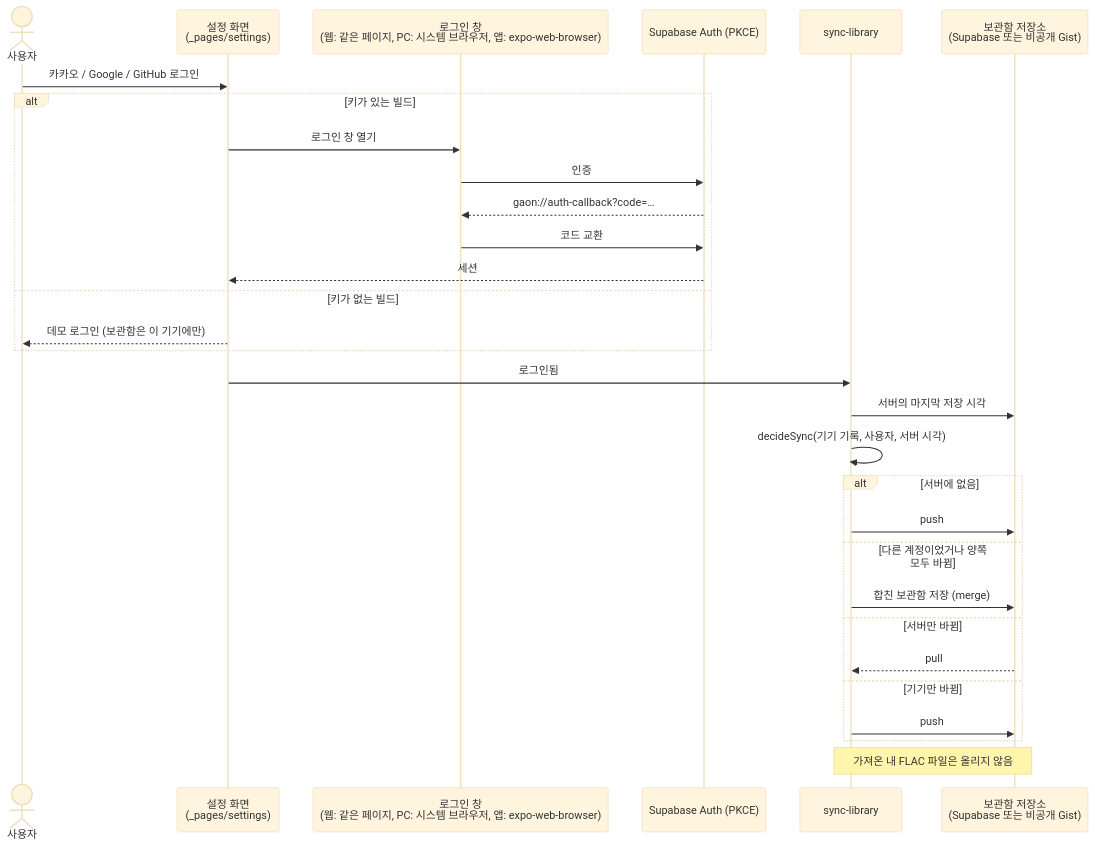
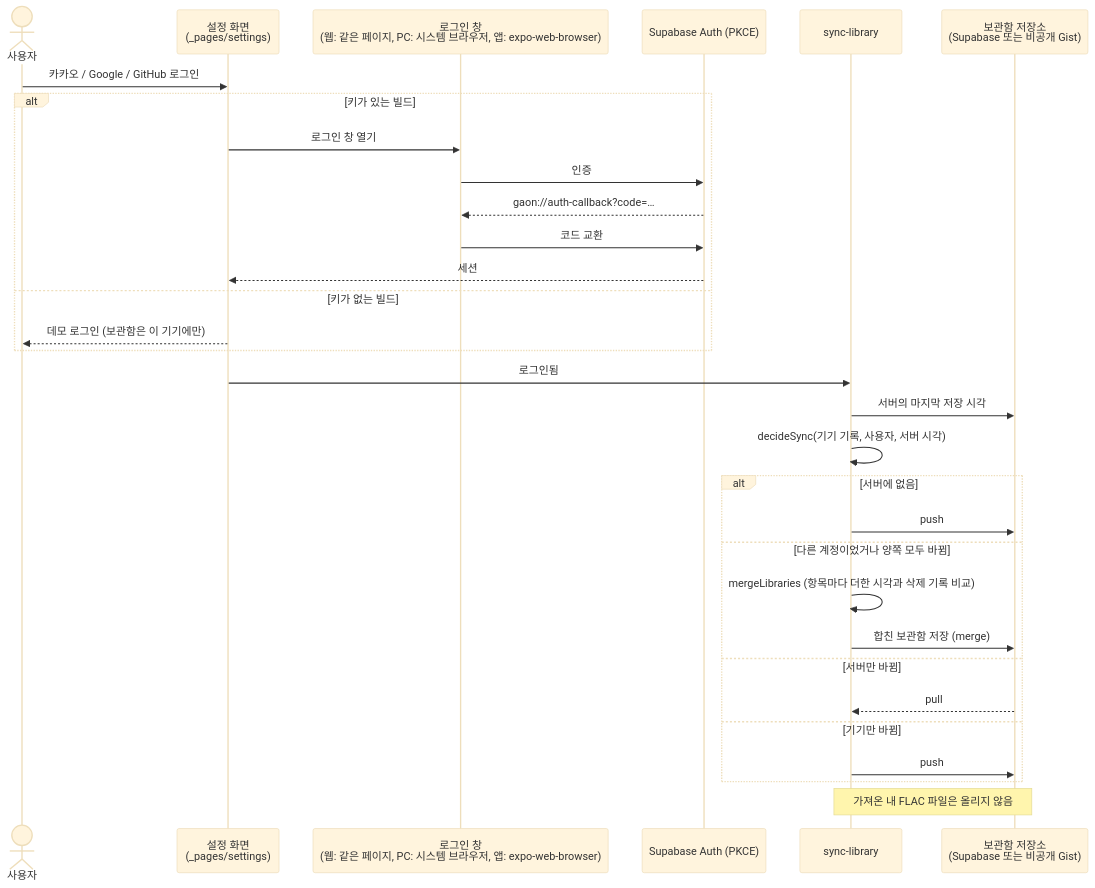
The second of 3 diagrams in docs/sequence-diagrams.md (ryushin01/GAON), drawn with Mermaid (base theme) before and after one commit. The commit also changed 13 other files, not shown here.

````diff
--- a/docs/sequence-diagrams.md
+++ b/docs/sequence-diagrams.md
@@ -48,33 +48,34 @@
 ```mermaid
 sequenceDiagram
     actor 사용자
     participant 설정 as 설정 화면<br/>(_pages/settings)
     participant 로그인 as 로그인 창<br/>(웹: 같은 페이지, PC: 시스템 브라우저, 앱: expo-web-browser)
     participant 수파 as Supabase Auth (PKCE)
     participant 동기화 as sync-library
     participant 서버 as 보관함 저장소<br/>(Supabase 또는 비공개 Gist)
 
     사용자->>설정: 카카오 / Google / GitHub 로그인
     alt 키가 있는 빌드
         설정->>로그인: 로그인 창 열기
         로그인->>수파: 인증
         수파-->>로그인: gaon://auth-callback?code=…
         로그인->>수파: 코드 교환
         수파-->>설정: 세션
     else 키가 없는 빌드
         설정-->>사용자: 데모 로그인 (보관함은 이 기기에만)
     end
     설정->>동기화: 로그인됨
     동기화->>서버: 서버의 마지막 저장 시각
     동기화->>동기화: decideSync(기기 기록, 사용자, 서버 시각)
     alt 서버에 없음
         동기화->>서버: push
     else 다른 계정이었거나 양쪽 모두 바뀜
+        동기화->>동기화: mergeLibraries (항목마다 더한 시각과 삭제 기록 비교)
         동기화->>서버: 합친 보관함 저장 (merge)
     else 서버만 바뀜
         서버-->>동기화: pull
     else 기기만 바뀜
         동기화->>서버: push
     end
     Note over 동기화,서버: 가져온 내 FLAC 파일은 올리지 않음
 ```
````
